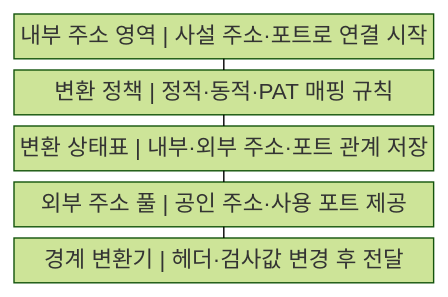
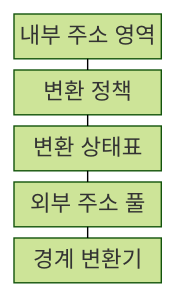
Before and after one commit to agnusdei1207/knowledge-base: the first of 2 diagrams in src/content/docs/notes/04-network/009_nat_pat_network_address_translation.md, drawn with Mermaid (forest theme). The commit also changed other lines of this file and 122 other files, not shown here.

````diff
--- a/src/content/docs/notes/04-network/009_nat_pat_network_address_translation.md
+++ b/src/content/docs/notes/04-network/009_nat_pat_network_address_translation.md
@@ -57,13 +57,13 @@
 ```mermaid
-block
+block-beta
     columns 1
-    A["내부 주소 영역 | 사설 주소·포트로 연결 시작"]
-    B["변환 정책 | 정적·동적·PAT 매핑 규칙"]
-    C["변환 상태표 | 내부·외부 주소·포트 관계 저장"]
-    D["외부 주소 풀 | 공인 주소·사용 포트 제공"]
-    E["경계 변환기 | 헤더·검사값 변경 후 전달"]
+    A["내부 주소 영역"]
+    B["변환 정책"]
+    C["변환 상태표"]
+    D["외부 주소 풀"]
+    E["경계 변환기"]
     A --- B
     B --- C
     C --- D
     D --- E
 ```
````
